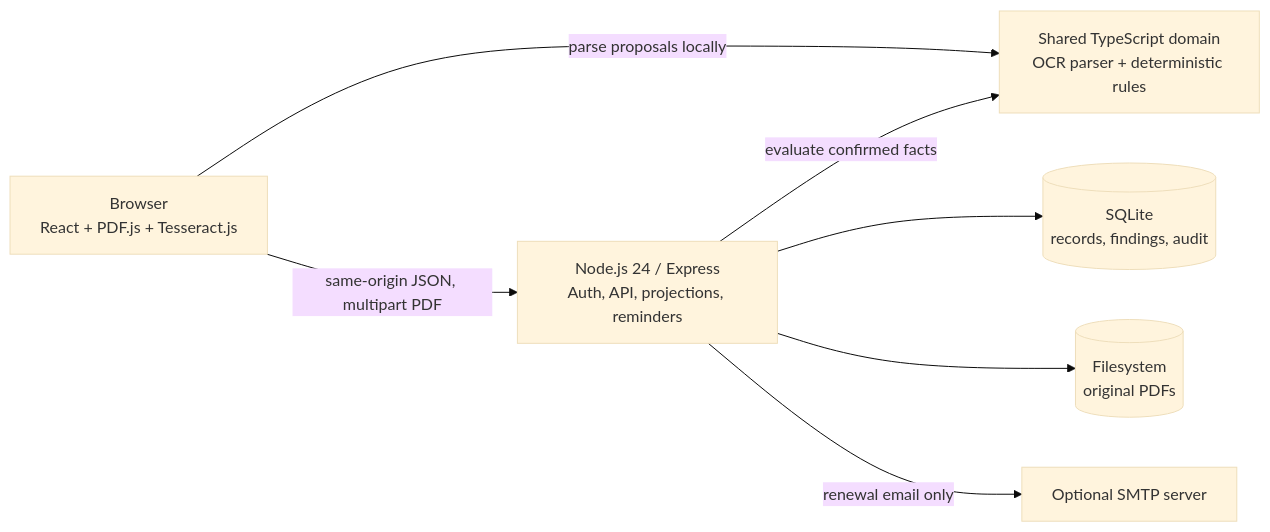
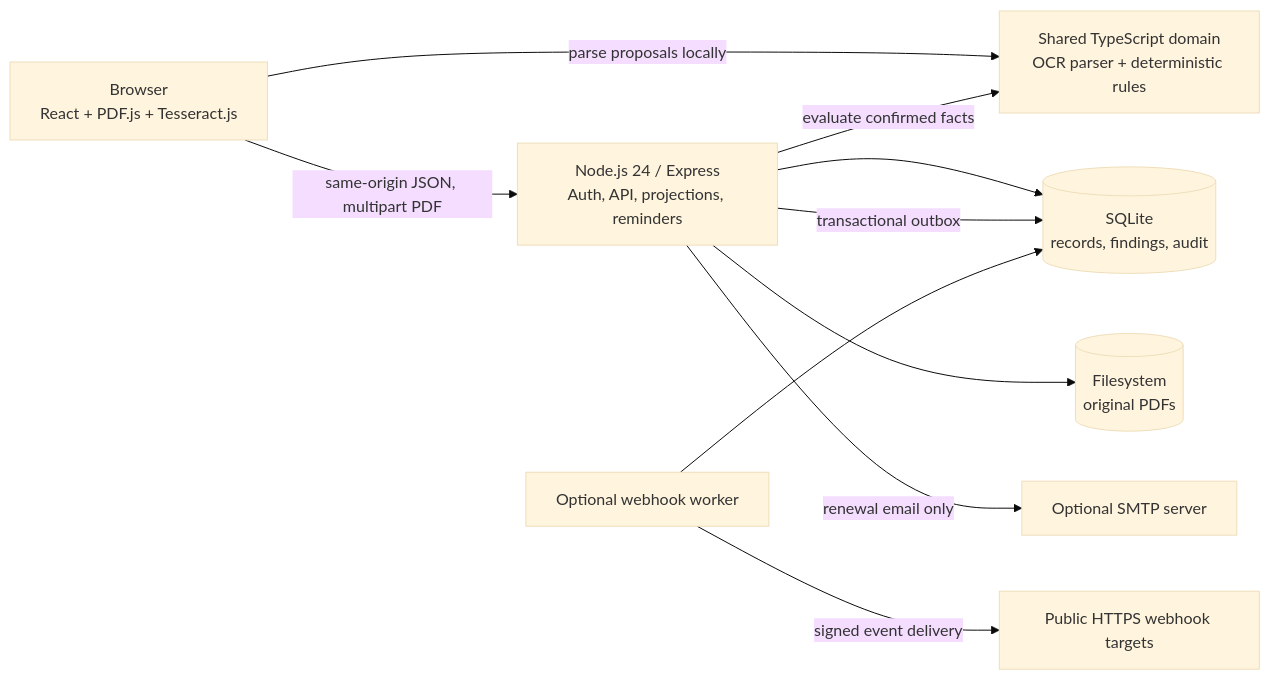
The diagram in docs/ARCHITECTURE.md (ajayasai/opencoi), drawn with Mermaid (base theme) before and after one commit. The commit also changed other lines of this file and 114 other files, not shown here.

````diff
--- a/docs/ARCHITECTURE.md
+++ b/docs/ARCHITECTURE.md
@@ -9,16 +9,21 @@
 ```mermaid
 flowchart LR
     B[Browser\nReact + PDF.js + Tesseract.js]
     A[Node.js 24 / Express\nAuth, API, projections, reminders]
     E[Shared TypeScript domain\nOCR parser + deterministic rules]
     D[(SQLite\nrecords, findings, audit)]
     F[(Filesystem\noriginal PDFs)]
     M[Optional SMTP server]
+    W[Optional webhook worker]
+    H[Public HTTPS webhook targets]
 
     B -->|same-origin JSON, multipart PDF| A
     B -->|parse proposals locally| E
     A -->|evaluate confirmed facts| E
     A --> D
     A --> F
     A -->|renewal email only| M
+    A -->|transactional outbox| D
+    W --> D
+    W -->|signed event delivery| H
 ```
````
